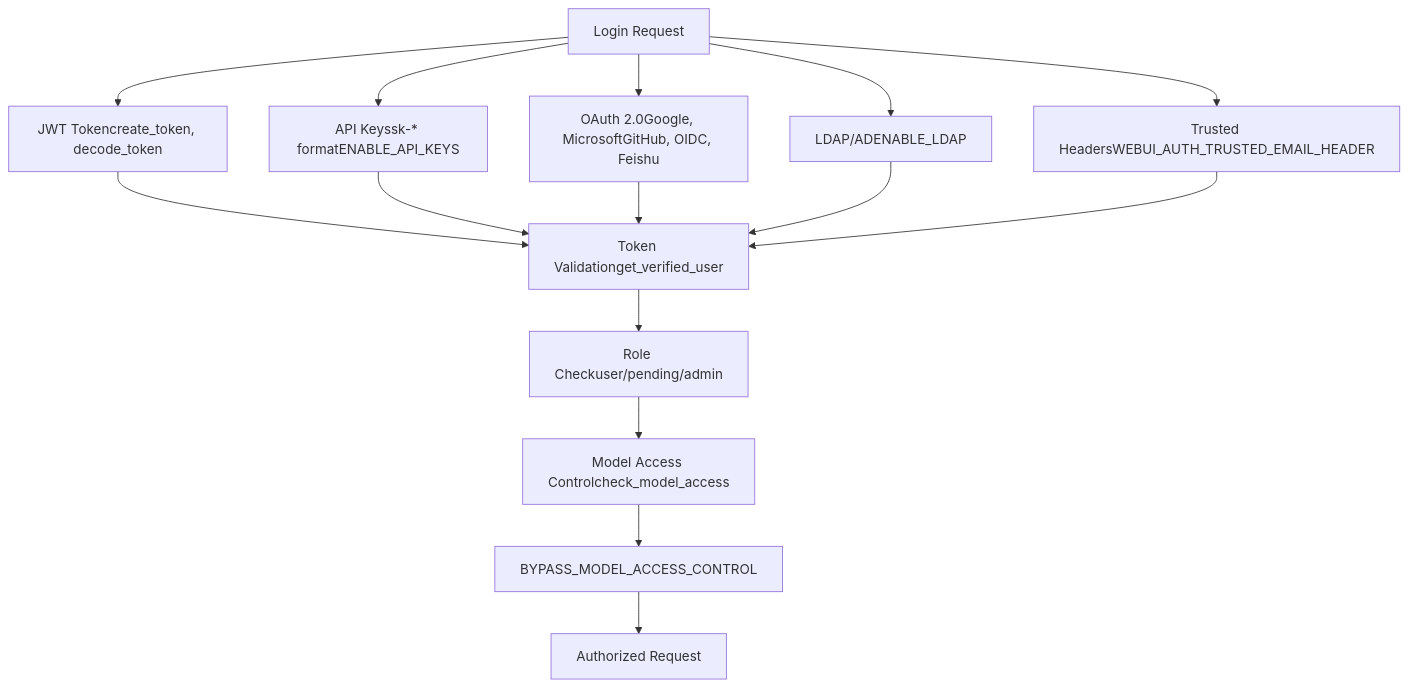
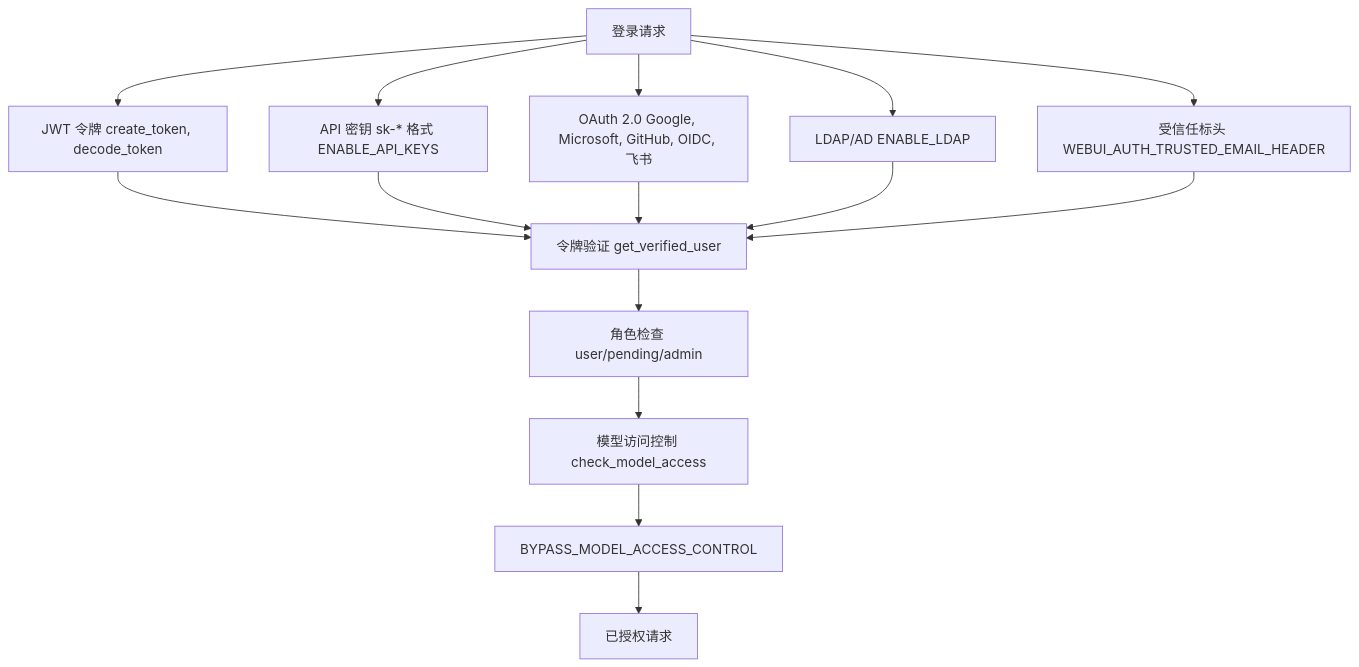
Before and after one commit to Chesszyh/Wiki: the seventh of 7 diagrams in tests/open-webui_deepwiki/zh/1-overview.md, drawn with Mermaid. The commit also changed other lines of this file and 234 other files, not shown here.

````diff
--- a/tests/open-webui_deepwiki/zh/1-overview.md
+++ b/tests/open-webui_deepwiki/zh/1-overview.md
@@ -379,29 +379,29 @@
 ```mermaid
 flowchart TD
-    Login["Login Request"]
-    JWT["JWT Tokencreate_token, decode_token"]
-    APIKey["API Keyssk-* formatENABLE_API_KEYS"]
-    OAuth["OAuth 2.0Google, MicrosoftGitHub, OIDC, Feishu"]
-    LDAP["LDAP/ADENABLE_LDAP"]
-    TrustedHeader["Trusted HeadersWEBUI_AUTH_TRUSTED_EMAIL_HEADER"]
-    TokenValidate["Token Validationget_verified_user"]
-    RBAC["Role Checkuser/pending/admin"]
-    ModelACL["Model Access Controlcheck_model_access"]
+    Login["登录请求"]
+    JWT["JWT 令牌 create_token, decode_token"]
+    APIKey["API 密钥 sk-* 格式 ENABLE_API_KEYS"]
+    OAuth["OAuth 2.0 Google, Microsoft, GitHub, OIDC, 飞书"]
+    LDAP["LDAP/AD ENABLE_LDAP"]
+    TrustedHeader["受信任标头 WEBUI_AUTH_TRUSTED_EMAIL_HEADER"]
+    TokenValidate["令牌验证 get_verified_user"]
+    RBAC["角色检查 user/pending/admin"]
+    ModelACL["模型访问控制 check_model_access"]
     BypassFlag["BYPASS_MODEL_ACCESS_CONTROL"]
-    Authorized["Authorized Request"]
+    Authorized["已授权请求"]
 
     Login --> JWT
     Login --> APIKey
     Login --> OAuth
     Login --> LDAP
     Login --> TrustedHeader
     JWT --> TokenValidate
     APIKey --> TokenValidate
     OAuth --> TokenValidate
     LDAP --> TokenValidate
     TrustedHeader --> TokenValidate
     TokenValidate --> RBAC
     RBAC --> ModelACL
     ModelACL --> BypassFlag
     BypassFlag --> Authorized
 ```
````
